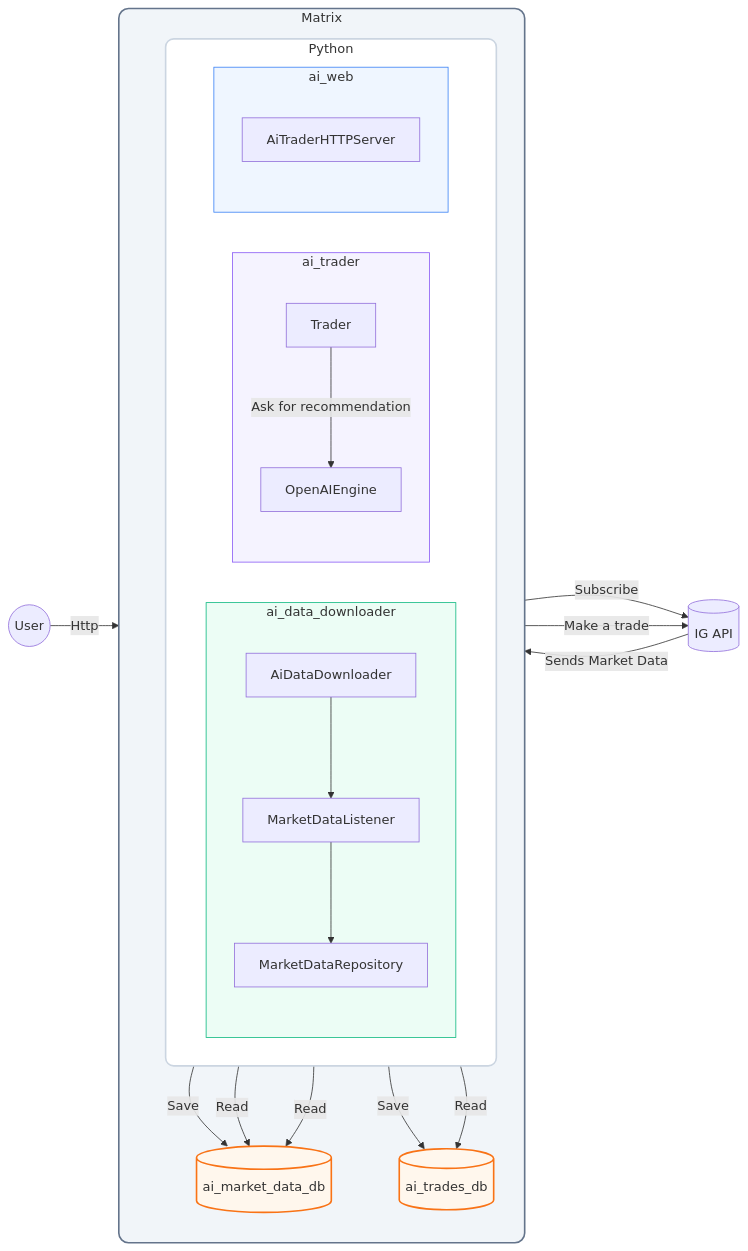
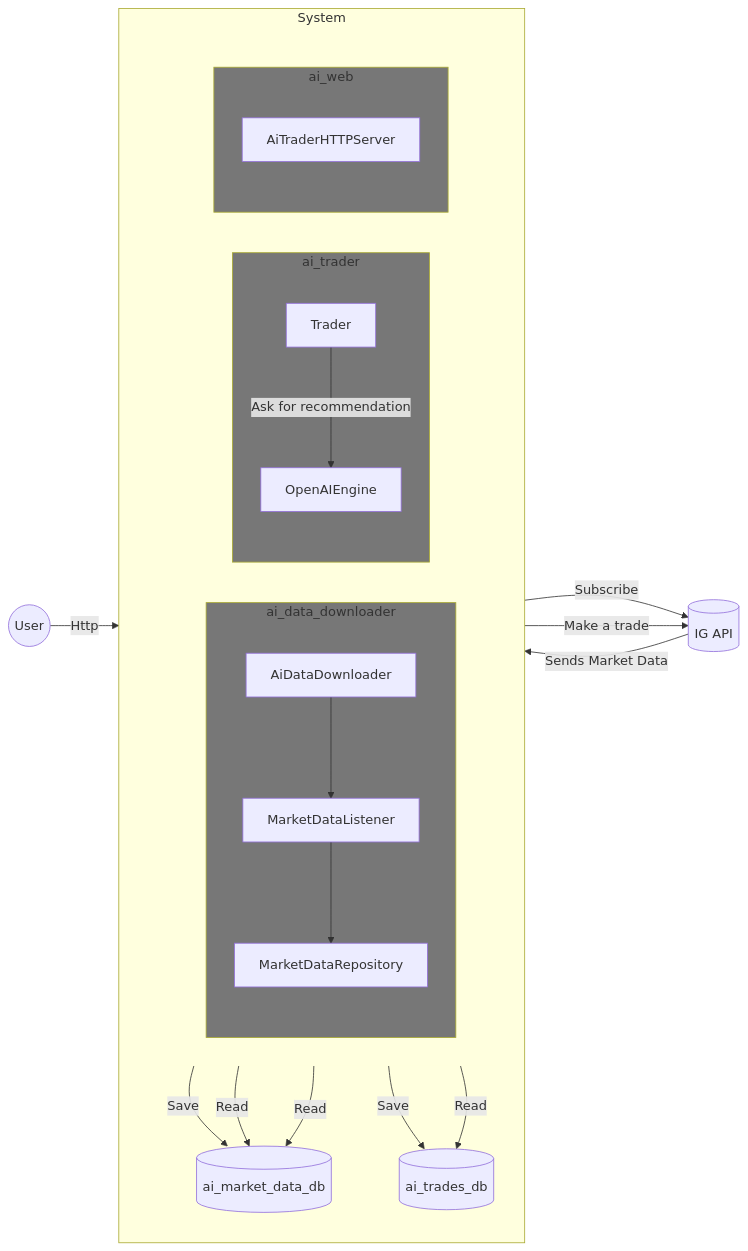
The diagram in README.md (antonioalonzi/aitrade), drawn with Mermaid before and after one commit.

Commit message:
Architecture Graph

````diff
--- a/README.md
+++ b/README.md
@@ -5,54 +5,51 @@
 ```mermaid
 flowchart LR
-    subgraph Matrix
+    subgraph System
         direction TB
-        subgraph Python
+        subgraph Apps
             direction LR
             subgraph ai_data_downloader
                 direction TB
                 AiDataDownloader --> MarketDataListener
                 MarketDataListener --> MarketDataRepository
             end
             
             subgraph ai_trader [ai_trader]
                 direction TB
                 Trader
                 OpenAIEngine
             end
             
             subgraph ai_web [ai_web]
                 direction TB
                 AiTraderHTTPServer
             end
         end
         
         ai_market_data_db[(ai_market_data_db)]
         ai_trades_db[(ai_trades_db)]
     end
 
     %% External
     User(("User"))
     IG[(IG API)]
 
     %% Flow Rules
     User -->|Http| AiTraderHTTPServer
     AiTraderHTTPServer -->|Read| ai_market_data_db
     AiTraderHTTPServer -->|Read| ai_trades_db
 
     AiDataDownloader -->|Subscribe| IG 
     IG -->|Sends Market Data| MarketDataListener
     MarketDataRepository -->|Save| ai_market_data_db
 
     Trader -->|Read| ai_market_data_db
     Trader -->|Ask for recommendation| OpenAIEngine
     Trader -->|Make a trade| IG
     Trader -->|Save| ai_trades_db
     
-    style Matrix fill:#f1f5f9,stroke:#64748b,stroke-width:2px,rx:12,ry:12
-    style Python fill:#ffffff,stroke:#cbd5e1,stroke-width:2px,rx:10,ry:10
-    style ai_data_downloader fill:#ecfdf5,stroke:#10b981,stroke-width:1px
-    style ai_trader fill:#f5f3ff,stroke:#8b5cf6,stroke-width:1px
-    style ai_web fill:#eff6ff,stroke:#3b82f6,stroke-width:1px
-    style ai_market_data_db fill:#fff7ed,stroke:#f97316,stroke-width:2px
-    style ai_trades_db fill:#fff7ed,stroke:#f97316,stroke-width:2px
+    style Apps stroke-width:0, color:transparent
+    style ai_data_downloader fill:#777777
+    style ai_trader fill:#777777
+    style ai_web fill:#777777
 ```
````
